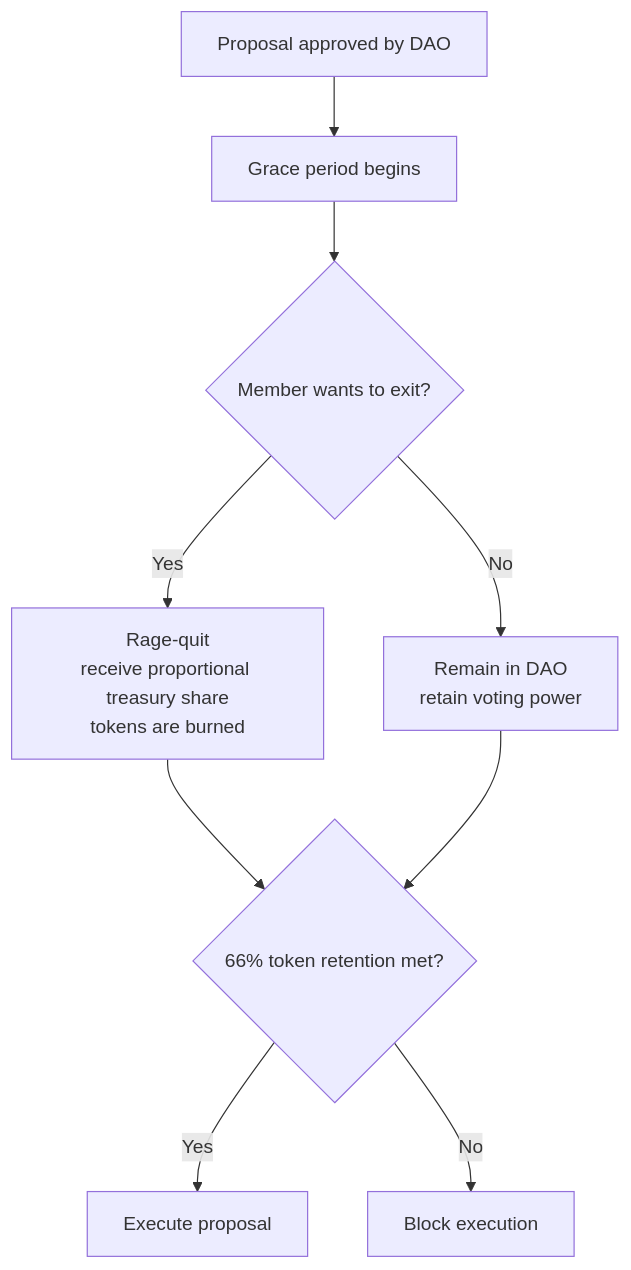
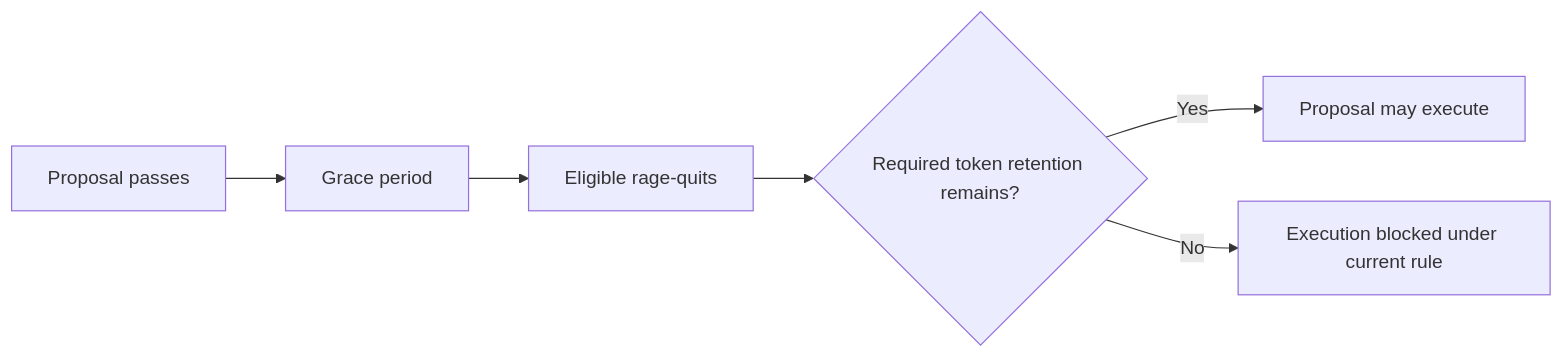
One commit to wasalo/Kokonut-Public-Site changed the second of 2 diagrams in ecosystem-wiki/the-kokonut-dao/kokonut-moloch-dao.mdx. Above: the diagram before and after it, drawn with Mermaid. The commit also changed other lines of this file, not shown here.

Commit message:
docs(kokonut-dao): improve Moloch capital governance

````diff
--- a/ecosystem-wiki/the-kokonut-dao/kokonut-moloch-dao.mdx
+++ b/ecosystem-wiki/the-kokonut-dao/kokonut-moloch-dao.mdx
@@ -183,11 +343,8 @@
 ```mermaid
-flowchart TD
-    A["Proposal approved by DAO"] --> B["Grace period begins"]
-    B --> C{"Member wants to exit?"}
-    C -->|"Yes"| D["Rage-quit\nreceive proportional treasury share\ntokens are burned"]
-    C -->|"No"| E["Remain in DAO\nretain voting power"]
-    D --> F{"66% token retention met?"}
-    E --> F
-    F -->|"Yes"| G["Execute proposal"]
-    F -->|"No"| H["Block execution"]
+flowchart LR
+    A["Proposal passes"] --> B["Grace period"]
+    B --> C["Eligible rage-quits"]
+    C --> D{"Required token retention remains?"}
+    D -->|"Yes"| E["Proposal may execute"]
+    D -->|"No"| F["Execution blocked under current rule"]
 ```
````
